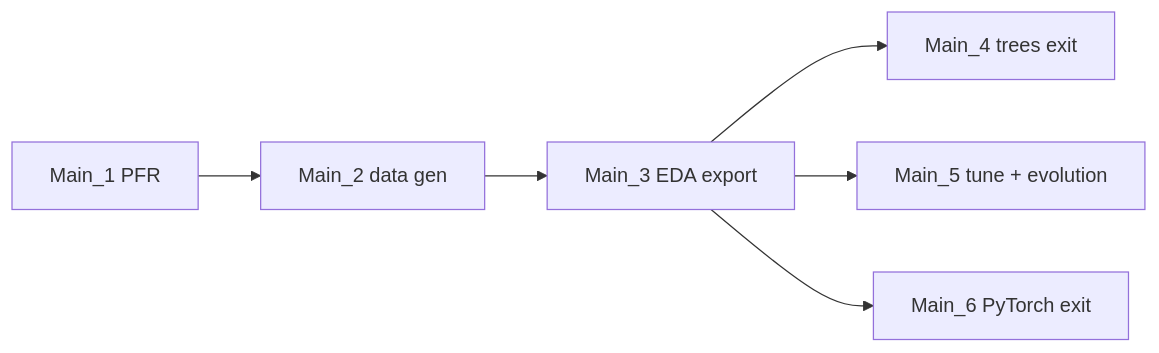
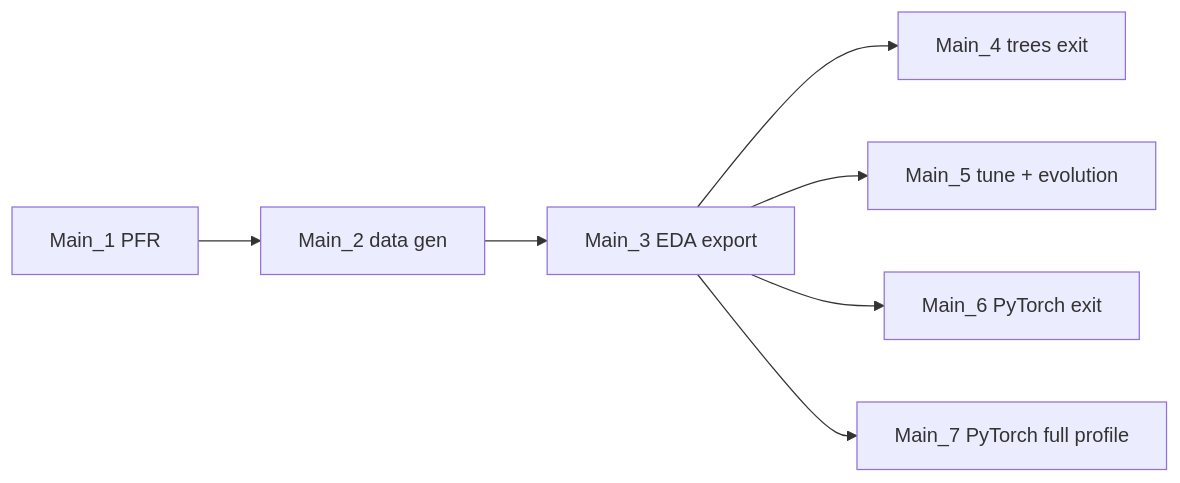
Before and after one commit to karefyllidis/PlugFlowML: the diagram in .cursor/rules/HYDRAI_NOTEBOOK_ARCHITECTURE.mdc, drawn with Mermaid. The commit also changed other lines of this file and 20 other files, not shown here.

````diff
--- a/.cursor/rules/HYDRAI_NOTEBOOK_ARCHITECTURE.mdc
+++ b/.cursor/rules/HYDRAI_NOTEBOOK_ARCHITECTURE.mdc
@@ -13,8 +13,9 @@
 ```mermaid
 flowchart LR
   M1[Main_1 PFR] --> M2[Main_2 data gen]
   M2 --> M3[Main_3 EDA export]
   M3 --> M4[Main_4 trees exit]
   M3 --> M5[Main_5 tune + evolution]
   M3 --> M6[Main_6 PyTorch exit]
+  M3 --> M7[Main_7 PyTorch full profile]
 ```
````
